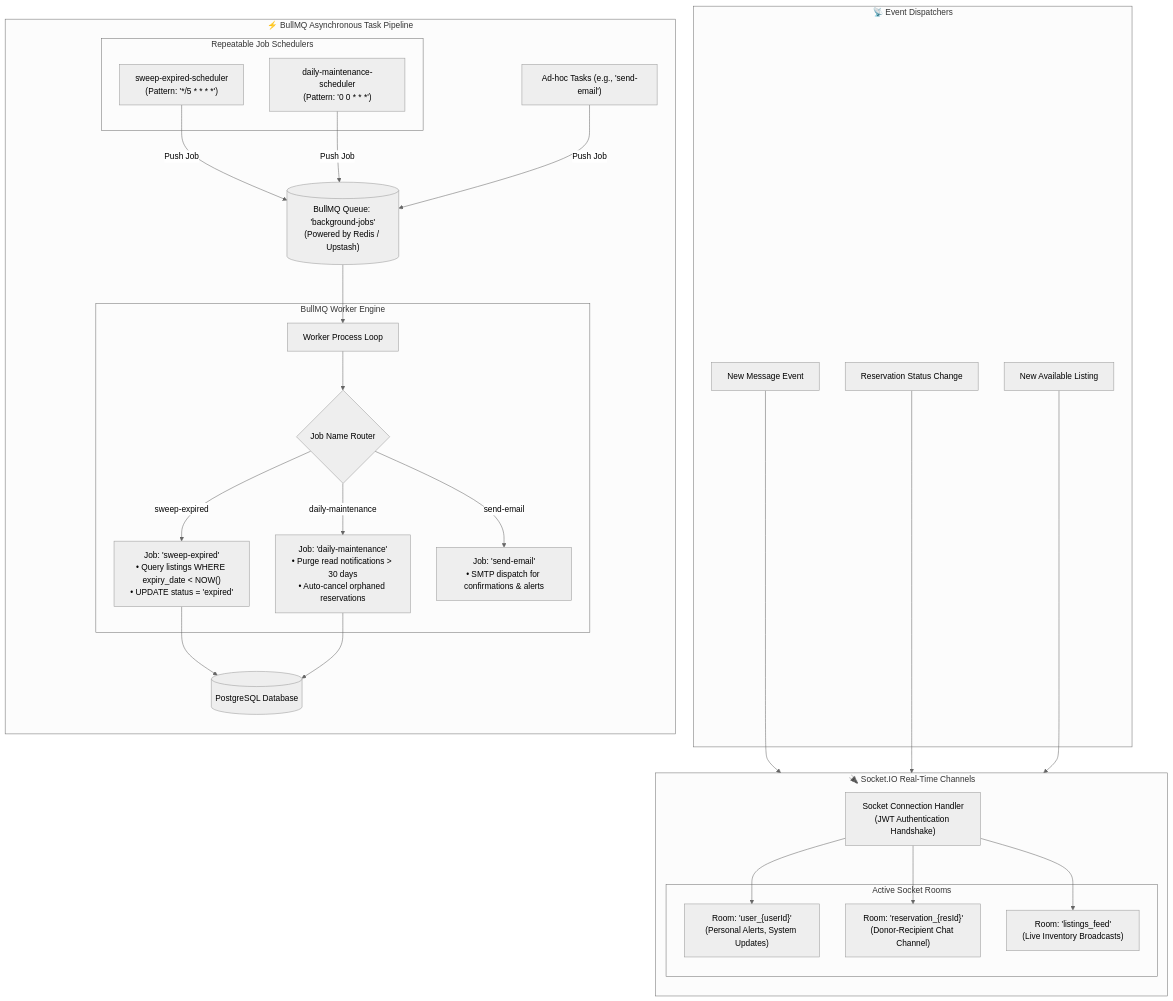
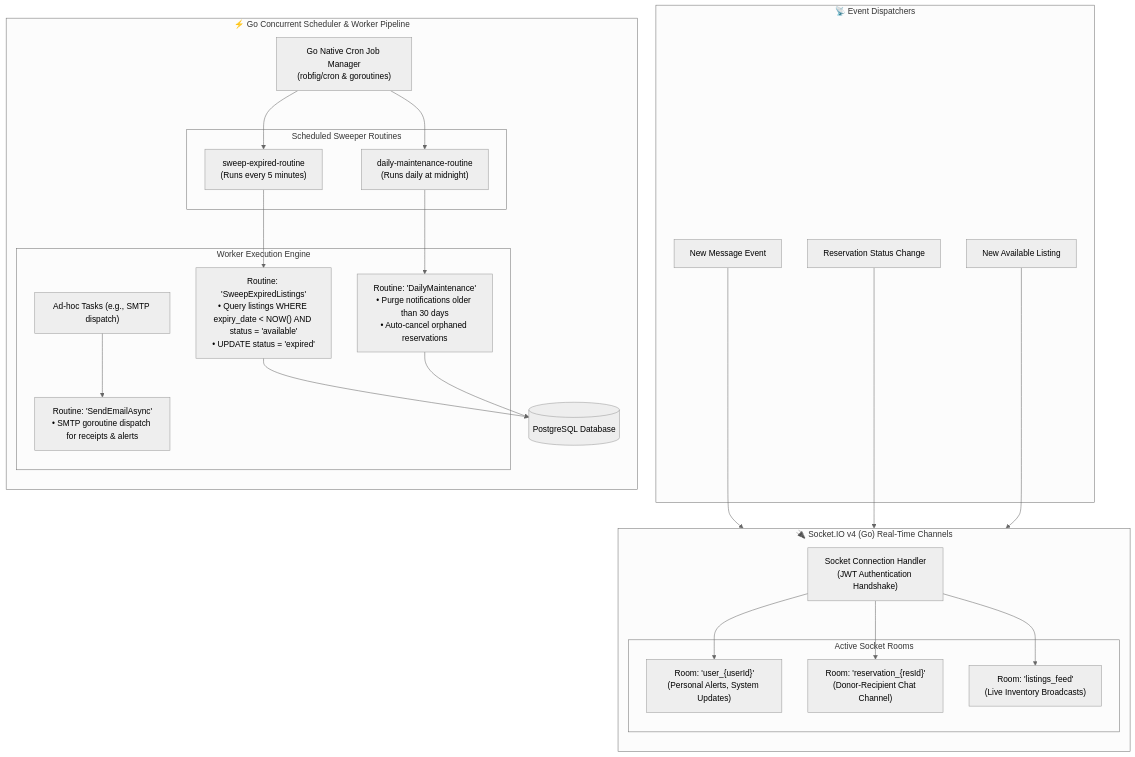
Before and after one commit to Susil-commits/Left2Serve: the fourth of 5 diagrams in docs/ARCHITECTURE.md, drawn with Mermaid (neutral theme). The commit also changed other lines of this file and 80 other files, not shown here.

Commit message:
feat(core): upgrade README to pitch-deck showcase, update architecture docs, and remove legacy Node backend artifacts

````diff
--- a/docs/ARCHITECTURE.md
+++ b/docs/ARCHITECTURE.md
@@ -228,55 +228,49 @@
 ```mermaid
 flowchart TD
-    subgraph WebSocketTier["🔌 Socket.IO Real-Time Channels"]
+    subgraph WebSocketTier["🔌 Socket.IO v4 (Go) Real-Time Channels"]
         direction TB
         ConnHandler["Socket Connection Handler\n(JWT Authentication Handshake)"]
         
         subgraph Rooms["Active Socket Rooms"]
             UserRoom["Room: 'user_{userId}'\n(Personal Alerts, System Updates)"]
             ChatRoom["Room: 'reservation_{resId}'\n(Donor-Recipient Chat Channel)"]
             FeedRoom["Room: 'listings_feed'\n(Live Inventory Broadcasts)"]
         end
 
         ConnHandler --> UserRoom
         ConnHandler --> ChatRoom
         ConnHandler --> FeedRoom
     end
 
     subgraph EventTriggers["📡 Event Dispatchers"]
         MsgEvent["New Message Event"] --> ChatRoom
         StatusEvent["Reservation Status Change"] --> UserRoom
         ListingEvent["New Available Listing"] --> FeedRoom
     end
 
-    subgraph BullMQTier["⚡ BullMQ Asynchronous Task Pipeline"]
+    subgraph GoWorkerTier["⚡ Go Concurrent Scheduler & Worker Pipeline"]
         direction TB
-        BQueue[("BullMQ Queue: 'background-jobs'\n(Powered by Redis / Upstash)")]
+        Scheduler["Go Native Cron Job Manager\n(robfig/cron & goroutines)"]
 
-        subgraph Schedulers["Repeatable Job Schedulers"]
-            Cron5Min["sweep-expired-scheduler\n(Pattern: '*/5 * * * *')"]
-            CronMidnight["daily-maintenance-scheduler\n(Pattern: '0 0 * * *')"]
+        subgraph Schedulers["Scheduled Sweeper Routines"]
+            Cron5Min["sweep-expired-routine\n(Runs every 5 minutes)"]
+            CronMidnight["daily-maintenance-routine\n(Runs daily at midnight)"]
         end
 
-        Cron5Min -->|Push Job| BQueue
-        CronMidnight -->|Push Job| BQueue
-        APIWorkerReq["Ad-hoc Tasks (e.g., 'send-email')"] -->|Push Job| BQueue
+        Scheduler --> Cron5Min
+        Scheduler --> CronMidnight
 
-        subgraph WorkerProcess["BullMQ Worker Engine"]
-            WorkerLoop["Worker Process Loop"]
-            JobRouter{"Job Name Router"}
-            
-            Task1["Job: 'sweep-expired'\n• Query listings WHERE expiry_date < NOW()\n• UPDATE status = 'expired'"]
-            Task2["Job: 'daily-maintenance'\n• Purge read notifications > 30 days\n• Auto-cancel orphaned reservations"]
-            Task3["Job: 'send-email'\n• SMTP dispatch for confirmations & alerts"]
+        subgraph WorkerProcess["Worker Execution Engine"]
+            Task1["Routine: 'SweepExpiredListings'\n• Query listings WHERE expiry_date < NOW() AND status = 'available'\n• UPDATE status = 'expired'"]
+            Task2["Routine: 'DailyMaintenance'\n• Purge notifications older than 30 days\n• Auto-cancel orphaned reservations"]
+            Task3["Routine: 'SendEmailAsync'\n• SMTP goroutine dispatch for receipts & alerts"]
 
-            WorkerLoop --> JobRouter
-            JobRouter -->|"sweep-expired"| Task1
-            JobRouter -->|"daily-maintenance"| Task2
-            JobRouter -->|"send-email"| Task3
+            Cron5Min --> Task1
+            CronMidnight --> Task2
+            APIWorkerReq["Ad-hoc Tasks (e.g., SMTP dispatch)"] --> Task3
         end
 
-        BQueue --> WorkerLoop
         Task1 --> DBTarget[(PostgreSQL Database)]
         Task2 --> DBTarget
     end
 ```
````
